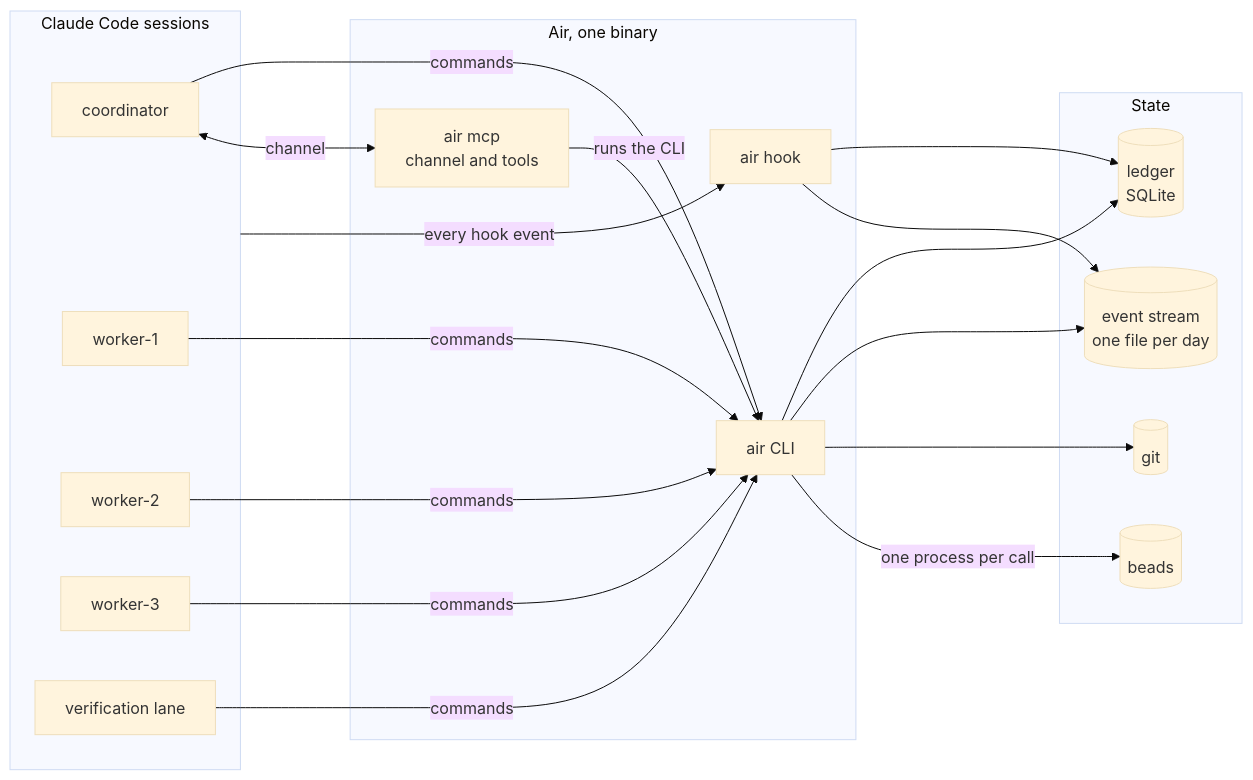
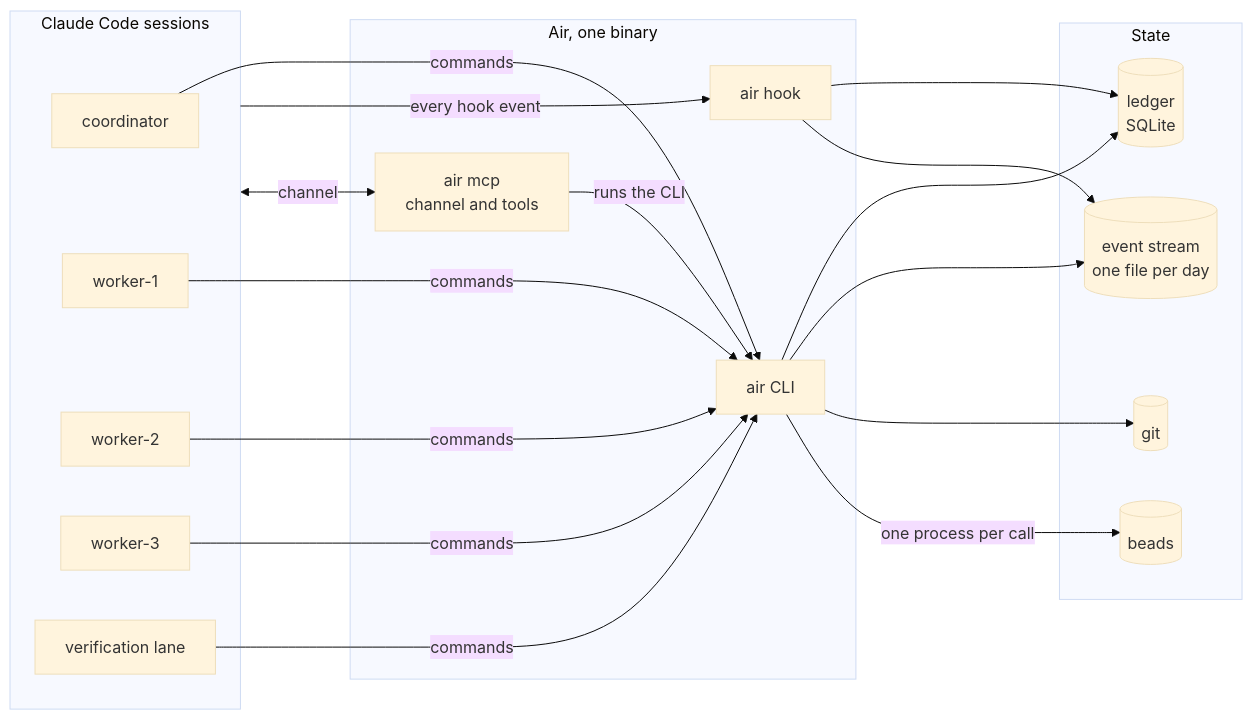
One commit to AJTJ/airunner changed the first of 8 diagrams in docs/design.md. Above: the diagram before and after it, drawn with Mermaid (base theme). The commit also changed other lines of this file and 11 other files, not shown here.

````diff
--- a/docs/design.md
+++ b/docs/design.md
@@ -35,35 +35,35 @@
 ```mermaid
 flowchart LR
   subgraph harness [Claude Code sessions]
     C[coordinator]
     W1[worker-1]
     W2[worker-2]
     W3[worker-3]
     L[verification lane]
   end
   subgraph air [Air, one binary]
     CLI[air CLI]
     HOOK[air hook]
     MCP[air mcp<br/>channel and tools]
   end
   subgraph stores [State]
     LEDGER[(ledger<br/>SQLite)]
     EV[(event stream<br/>one file per day)]
     GIT[(git)]
     BD[(beads)]
   end
   C -->|commands| CLI
   W1 -->|commands| CLI
   W2 -->|commands| CLI
   W3 -->|commands| CLI
   L -->|commands| CLI
   harness -->|every hook event| HOOK
-  C <-->|channel| MCP
+  harness <-->|channel| MCP
   CLI --> LEDGER
   HOOK --> LEDGER
   MCP -->|runs the CLI| CLI
   CLI --> EV
   HOOK --> EV
   CLI --> GIT
   CLI -->|one process per call| BD
 ```
````
